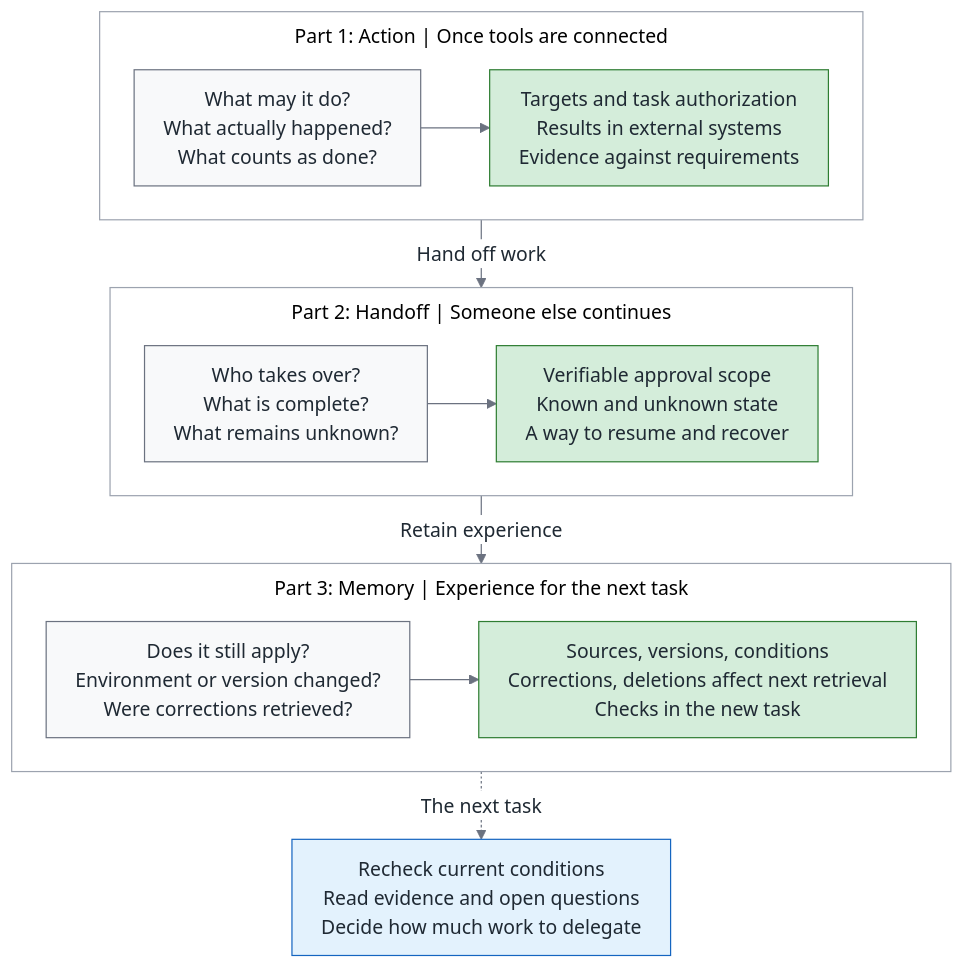
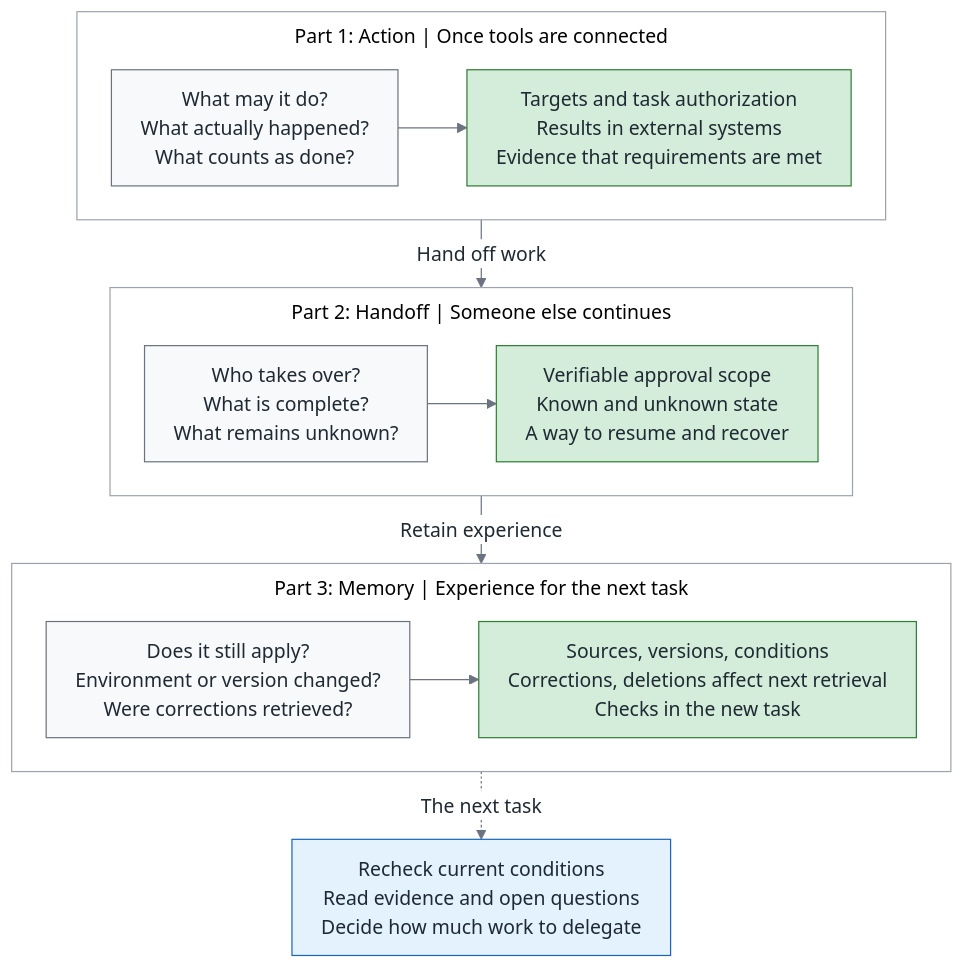
One commit to fantasybz/medium-articles changed the diagram in 2026-11-aaif-after-tokyo/article.en.md. Above: the diagram before and after it, drawn with Mermaid. The commit also changed 21 other files, not shown here.

````diff
--- a/2026-11-aaif-after-tokyo/article.en.md
+++ b/2026-11-aaif-after-tokyo/article.en.md
@@ -13,58 +13,58 @@
 ```mermaid
 ---
 config:
   theme: base
   themeVariables:
     fontSize: 16px
     primaryColor: "#f8f9fa"
     primaryTextColor: "#1f2933"
     primaryBorderColor: "#6b7280"
     lineColor: "#6b7280"
     secondaryColor: "#f8f9fa"
     tertiaryColor: "#ffffff"
     clusterBkg: "#ffffff"
     clusterBorder: "#9ca3af"
     edgeLabelBackground: "#ffffff"
   flowchart:
     nodeSpacing: 36
     rankSpacing: 32
     padding: 12
     wrappingWidth: 320
     htmlLabels: true
     subGraphTitleMargin:
       top: 8
       bottom: 12
     curve: basis
 ---
 flowchart TB
     %% Layout: TB, 7 nodes; checked viewBox 788x796, height/width 1.01; font 16px.
     classDef own fill:#d4edda,stroke:#2e7d32,color:#1f2933
     classDef human fill:#e3f2fd,stroke:#1565c0,color:#1f2933
 
     subgraph action["Part 1: Action | Once tools are connected"]
         direction LR
         A["What may it do?<br/>What actually happened?<br/>What counts as done?"]
-        B["Targets and task authorization<br/>Results in external systems<br/>Evidence against requirements"]
+        B["Targets and task authorization<br/>Results in external systems<br/>Evidence that requirements are met"]
         A --> B
     end
 
     subgraph handoff["Part 2: Handoff | Someone else continues"]
         direction LR
         C["Who takes over?<br/>What is complete?<br/>What remains unknown?"]
         D["Verifiable approval scope<br/>Known and unknown state<br/>A way to resume and recover"]
         C --> D
     end
 
     subgraph memory["Part 3: Memory | Experience for the next task"]
         direction LR
         E["Does it still apply?<br/>Environment or version changed?<br/>Were corrections retrieved?"]
         F["Sources, versions, conditions<br/>Corrections, deletions affect next retrieval<br/>Checks in the new task"]
         E --> F
     end
 
     action -->|Hand off work| handoff
     handoff -->|Retain experience| memory
     memory -.->|The next task| G["Recheck current conditions<br/>Read evidence and open questions<br/>Decide how much work to delegate"]
     class B,D,F own
     class G human
 ```
````
